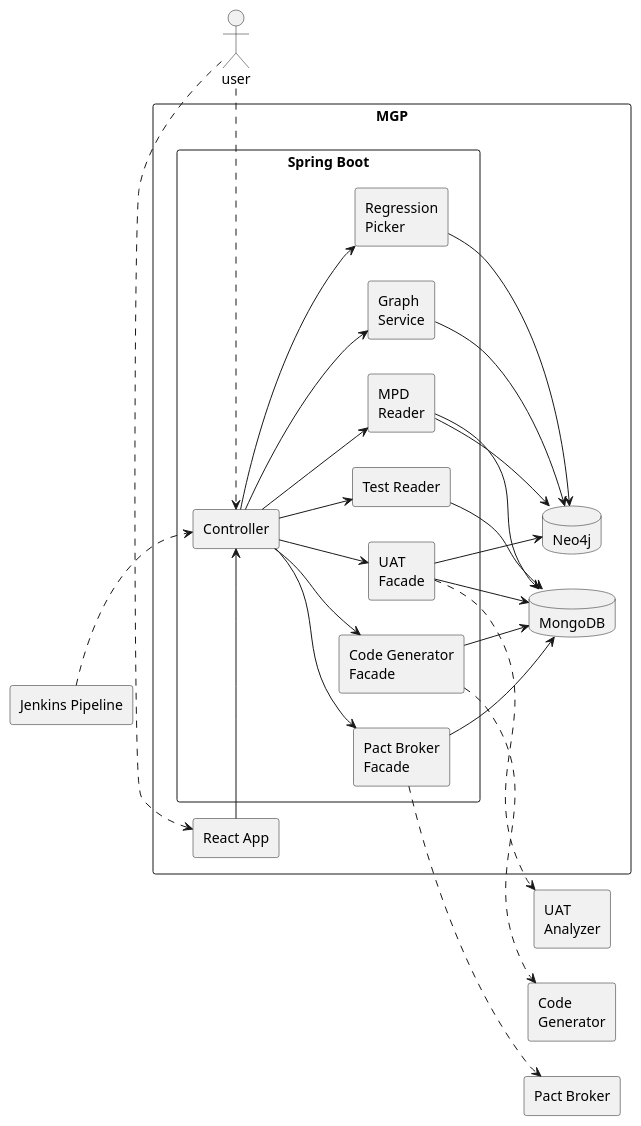
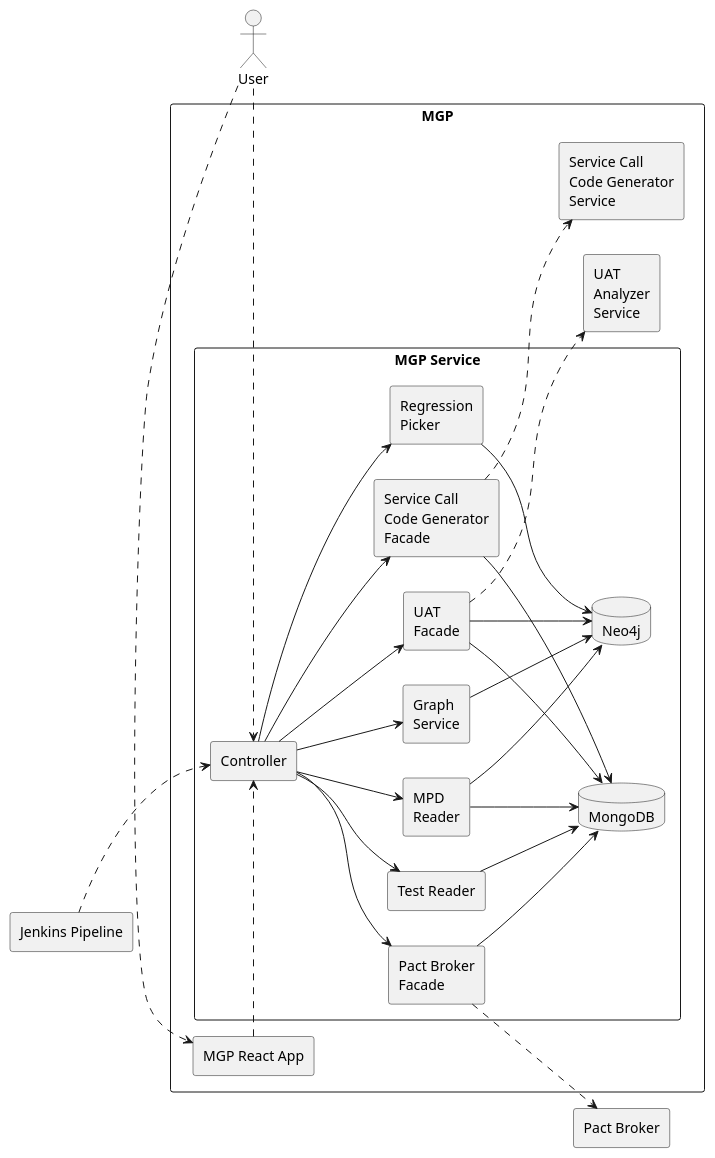
One commit to b4456609/mgp-back changed the diagram in diagram/mgp.puml. Above: the diagram before and after it, drawn with PlantUML. The commit also changed 3 other files, not shown here.

Commit message:
update diagram

```diff
--- a/diagram/mgp.puml
+++ b/diagram/mgp.puml
@@ -1,59 +1,59 @@
 @startuml
 left to right direction
-actor user
+actor User as user
 rectangle "Jenkins Pipeline" as jp
-rectangle "Code\nGenerator" as cg
-rectangle "UAT\nAnalyzer" as ua
 rectangle "Pact Broker" as pb
 
 rectangle "MGP" {
-	rectangle "React App" as react
-    database Neo4j as neo
-    database MongoDB as mon
+rectangle "Service Call\nCode Generator\nService" as cg
+    rectangle "UAT\nAnalyzer\nService" as ua
+	rectangle "MGP React App" as react
 
 
-    rectangle "Spring Boot" {
+    rectangle "MGP Service" as mgp {
         rectangle "Controller" as con
         rectangle "Regression\nPicker" as rp
         rectangle "Graph\nService" as gs
         rectangle "MPD\nReader" as mr
-        rectangle "Code Generator\nFacade" as cgf
+        rectangle "Service Call\nCode Generator\nFacade" as cgf
         rectangle "UAT\nFacade" as uf
         rectangle "Pact Broker\nFacade" as pbf
         rectangle "Test Reader" as tr
-
+        database Neo4j as neo
+        database MongoDB as mon
     }
 
-    react -> con
+    react .> con
+
     con -d-> rp
     con -d-> gs
     con -d-> mr
     con -d-> cgf
     con -d-> uf
     con -d-> pbf
     con -d-> tr
 
     rp -d-> neo
     gs -d-> neo
     mr -d-> neo
     uf -d-> neo
 
     mr -d-> mon
     cgf -d-> mon
     uf -d-> mon
     pbf -d-> mon
     tr -d-> mon
 }
 
-jp .> con
+jp .d.> con
 jp .[hidden].> react
 user .> con
 user .> react
 cgf .> cg
 uf .> ua
 pbf .> pb
 
 neo -[hidden]> cg
 neo -[hidden]> ua
 neo -[hidden]> pb
 @enduml
```
